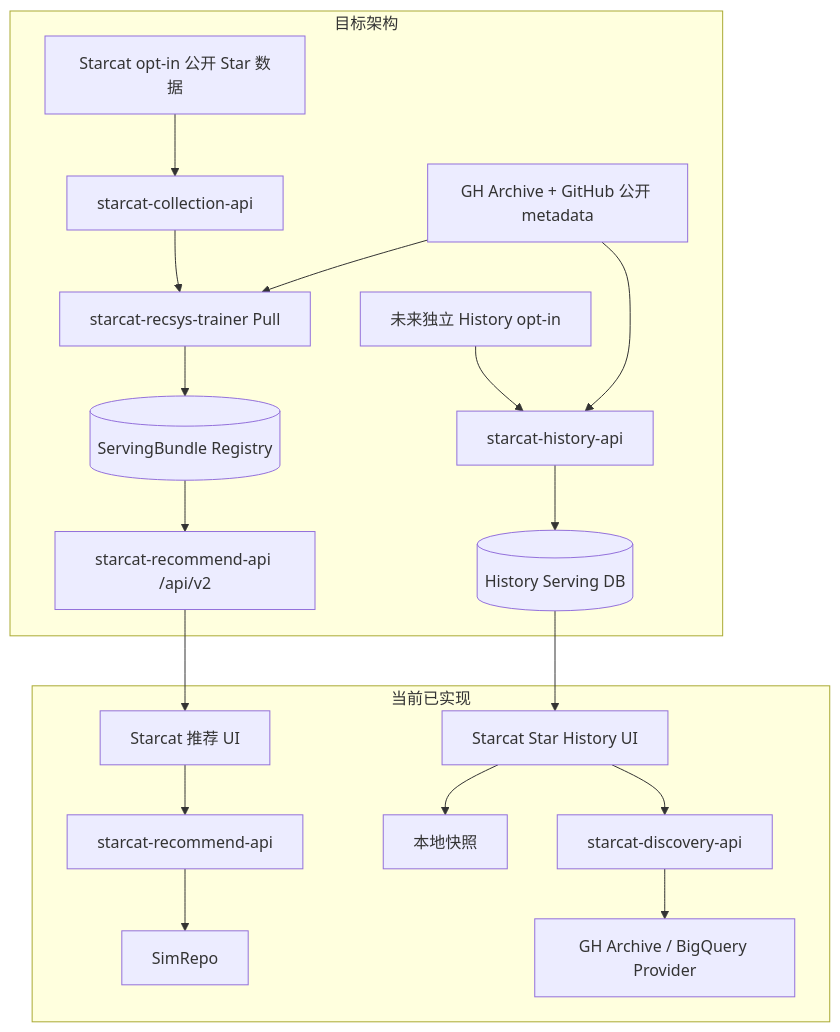
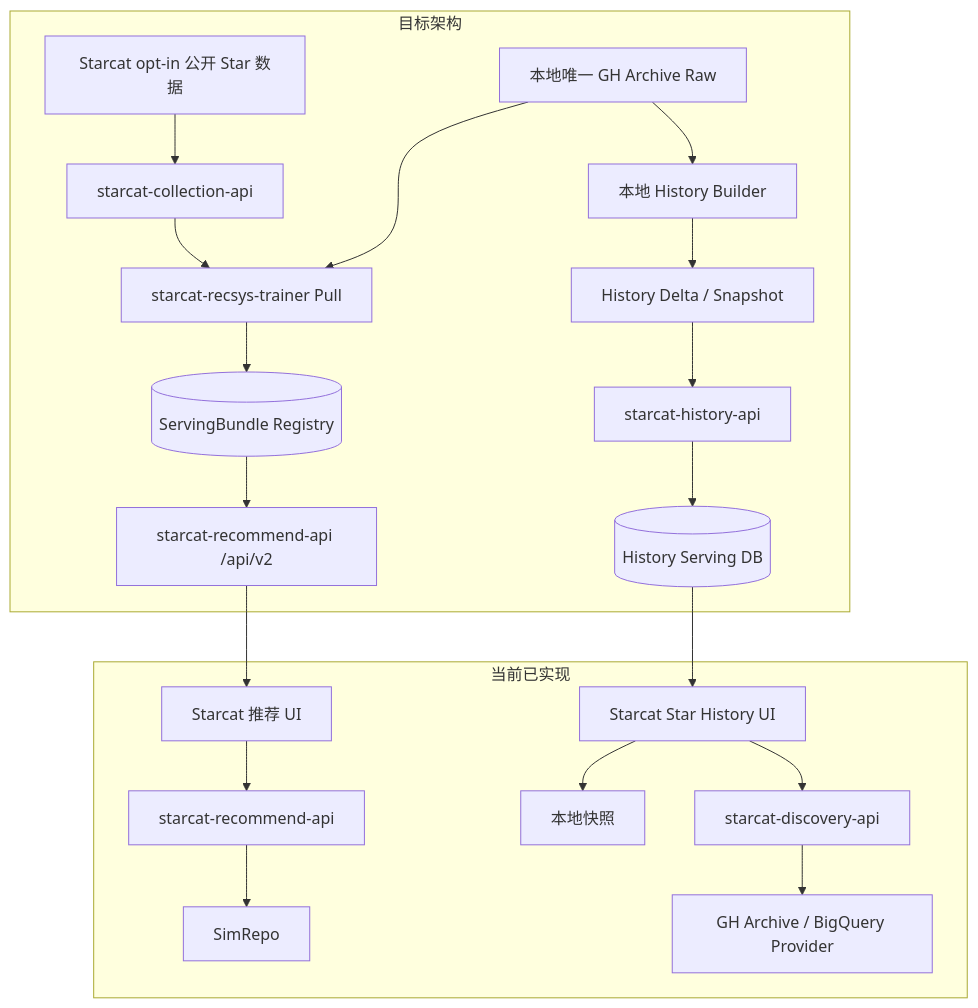
The diagram in docs/2-产品/需求讨论/推荐算法/README.md (starcat-app/Starcat), drawn with Mermaid before and after one commit. The commit also changed other lines of this file and 5 other files, not shown here.

````diff
--- a/docs/2-产品/需求讨论/推荐算法/README.md
+++ b/docs/2-产品/需求讨论/推荐算法/README.md
@@ -33,24 +36,25 @@
 ```mermaid
 flowchart TB
     subgraph Current[当前已实现]
         A[Starcat 推荐 UI] --> B[starcat-recommend-api]
         B --> C[SimRepo]
         D[Starcat Star History UI] --> E[本地快照]
         D --> F[starcat-discovery-api]
         F --> G[GH Archive / BigQuery Provider]
     end
 
     subgraph Target[目标架构]
         H[Starcat opt-in 公开 Star 数据] --> C1[starcat-collection-api]
         C1 --> I[starcat-recsys-trainer Pull]
-        J[GH Archive + GitHub 公开 metadata] --> I
+        J[本地唯一 GH Archive Raw] --> I
         I --> K[(ServingBundle Registry)]
         K --> L[starcat-recommend-api /api/v2]
         L --> A
 
-        H2[未来独立 History opt-in] --> M[starcat-history-api]
-        J --> M
+        J --> HB[本地 History Builder]
+        HB --> HD[History Delta / Snapshot]
+        HD --> M[starcat-history-api]
         M --> N[(History Serving DB)]
         N --> D
     end
 ```
````
